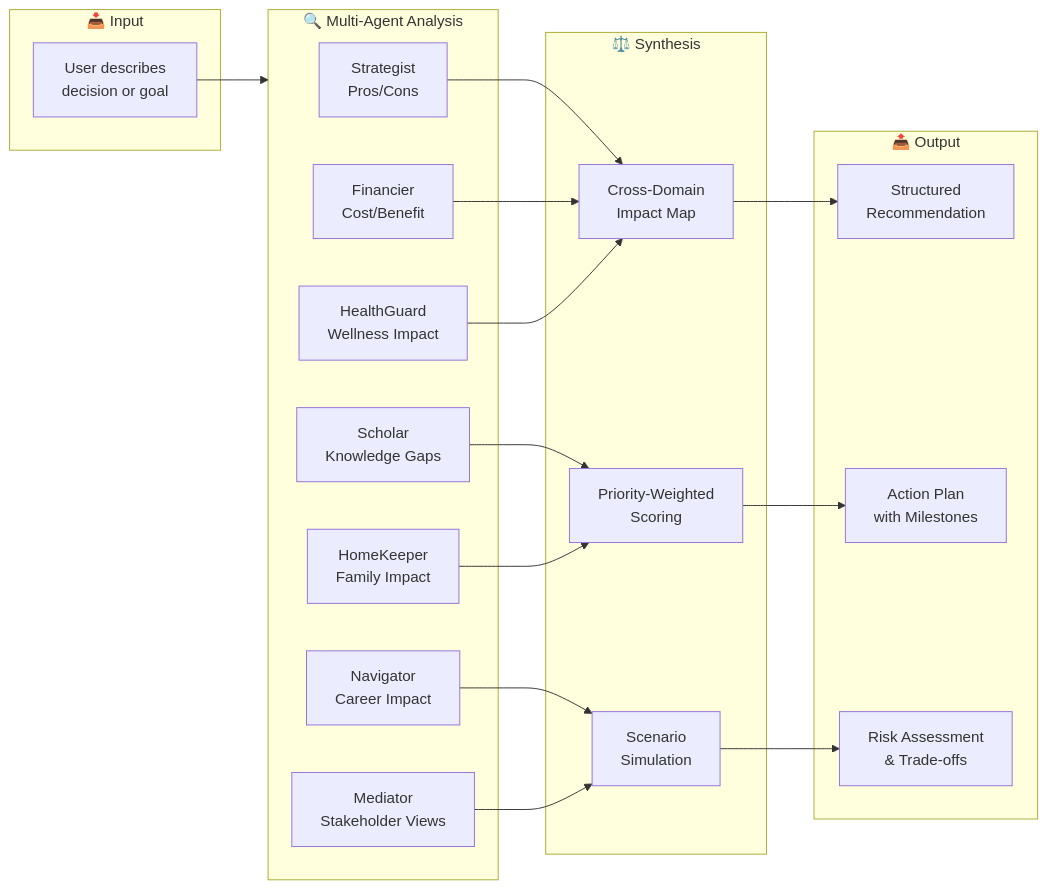
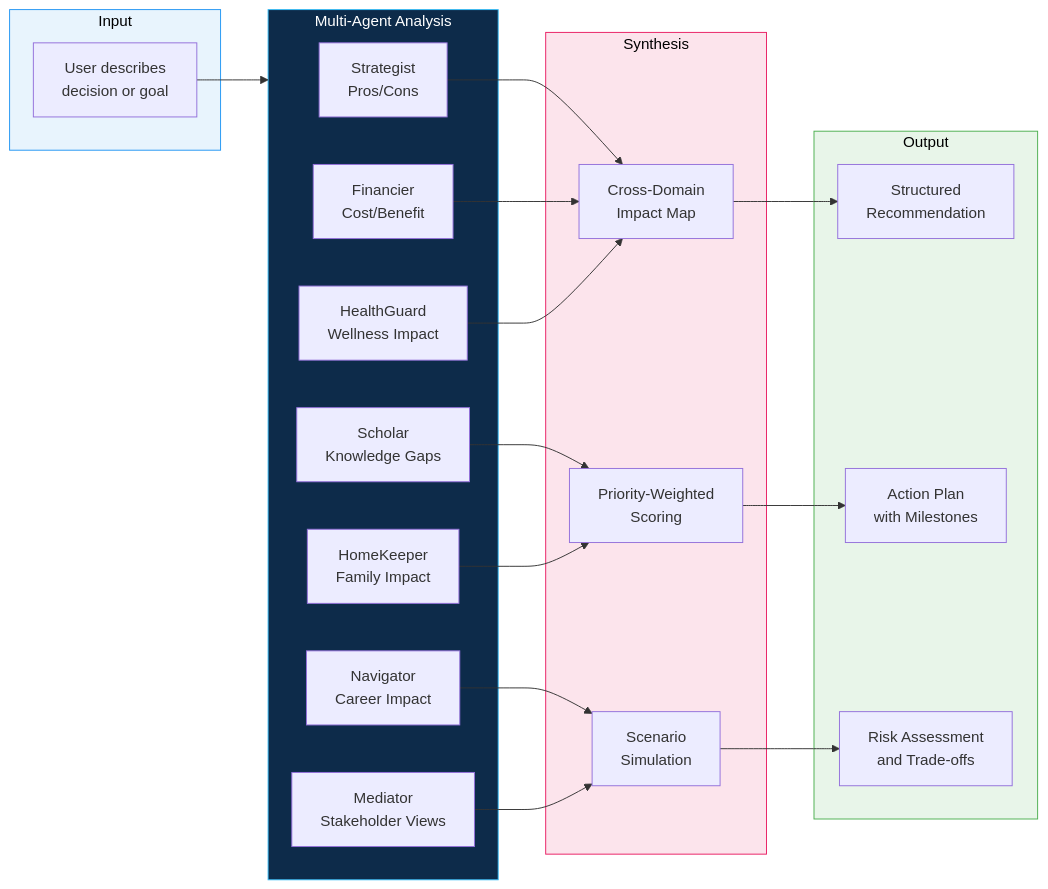
Before and after one commit to mulkymalikuldhrs/famlyzer-ai: the second of 4 diagrams in README.md, drawn with Mermaid. The commit also changed other lines of this file and 1 other file, not shown here.

Commit message:
🎨 Upgrade: banner image + fixed Mermaid + animations + flow diagrams

````diff
--- a/README.md
+++ b/README.md
@@ -198,40 +136,45 @@
 ```mermaid
 flowchart LR
-    subgraph Input["📥 Input"]
+    subgraph Input["Input"]
         A[User describes<br/>decision or goal]
     end
 
-    subgraph Analysis["🔍 Multi-Agent Analysis"]
+    subgraph Analysis["Multi-Agent Analysis"]
         B1[Strategist<br/>Pros/Cons]
         B2[Financier<br/>Cost/Benefit]
         B3[HealthGuard<br/>Wellness Impact]
         B4[Scholar<br/>Knowledge Gaps]
         B5[HomeKeeper<br/>Family Impact]
         B6[Navigator<br/>Career Impact]
         B7[Mediator<br/>Stakeholder Views]
     end
 
-    subgraph Synthesis["⚖️ Synthesis"]
+    subgraph Synthesis["Synthesis"]
         C1[Cross-Domain<br/>Impact Map]
         C2[Priority-Weighted<br/>Scoring]
         C3[Scenario<br/>Simulation]
     end
 
-    subgraph Output["📤 Output"]
+    subgraph Output["Output"]
         D1[Structured<br/>Recommendation]
         D2[Action Plan<br/>with Milestones]
-        D3[Risk Assessment<br/>& Trade-offs]
+        D3[Risk Assessment<br/>and Trade-offs]
     end
 
     A --> Analysis
     B1 --> C1
     B2 --> C1
     B3 --> C1
     B4 --> C2
     B5 --> C2
     B6 --> C3
     B7 --> C3
     C1 --> D1
     C2 --> D2
     C3 --> D3
+
+    style Input fill:#e8f4fd,stroke:#2196f3,color:#000
+    style Analysis fill:#0d2b4a,stroke:#38bdf8,color:#fff
+    style Synthesis fill:#fce4ec,stroke:#e91e63,color:#000
+    style Output fill:#e8f5e9,stroke:#4caf50,color:#000
 ```
````
